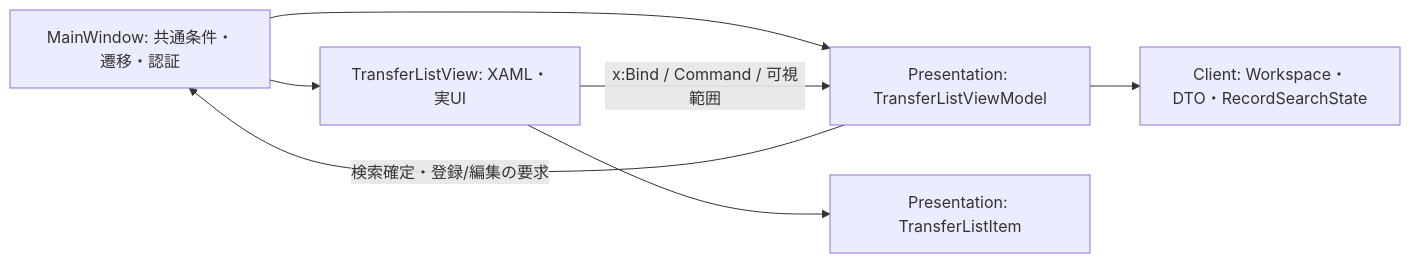
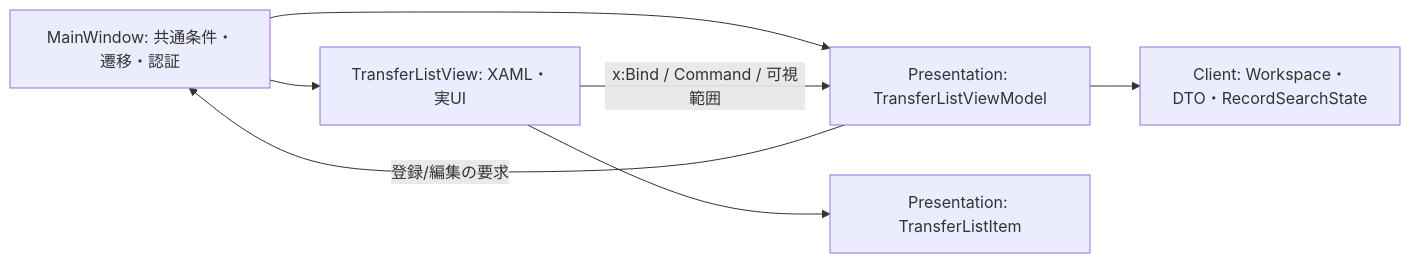
The diagram in docs/architecture-winui.md (k-o-a-b-c/monetail), drawn with Mermaid before and after one commit. The commit also changed other lines of this file and 1 other file, not shown here.

````diff
--- a/docs/architecture-winui.md
+++ b/docs/architecture-winui.md
@@ -113,9 +113,9 @@
 ```mermaid
 flowchart LR
     Window[MainWindow: 共通条件・遷移・認証] --> View[TransferListView: XAML・実UI]
     Window --> VM[Presentation: TransferListViewModel]
     View -->|x:Bind / Command / 可視範囲| VM
-    VM -->|検索確定・登録/編集の要求| Window
+    VM -->|登録/編集の要求| Window
     VM --> Client[Client: Workspace・DTO・RecordSearchState]
     View --> Item[Presentation: TransferListItem]
 ```
````
